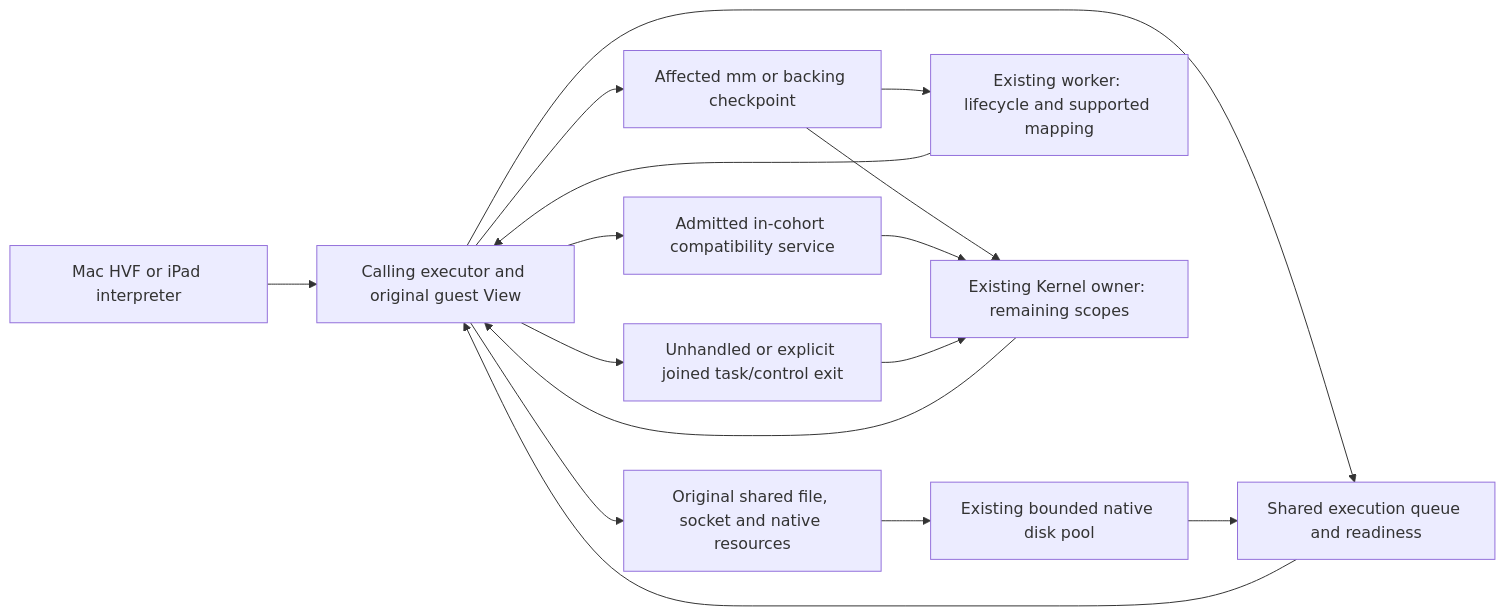
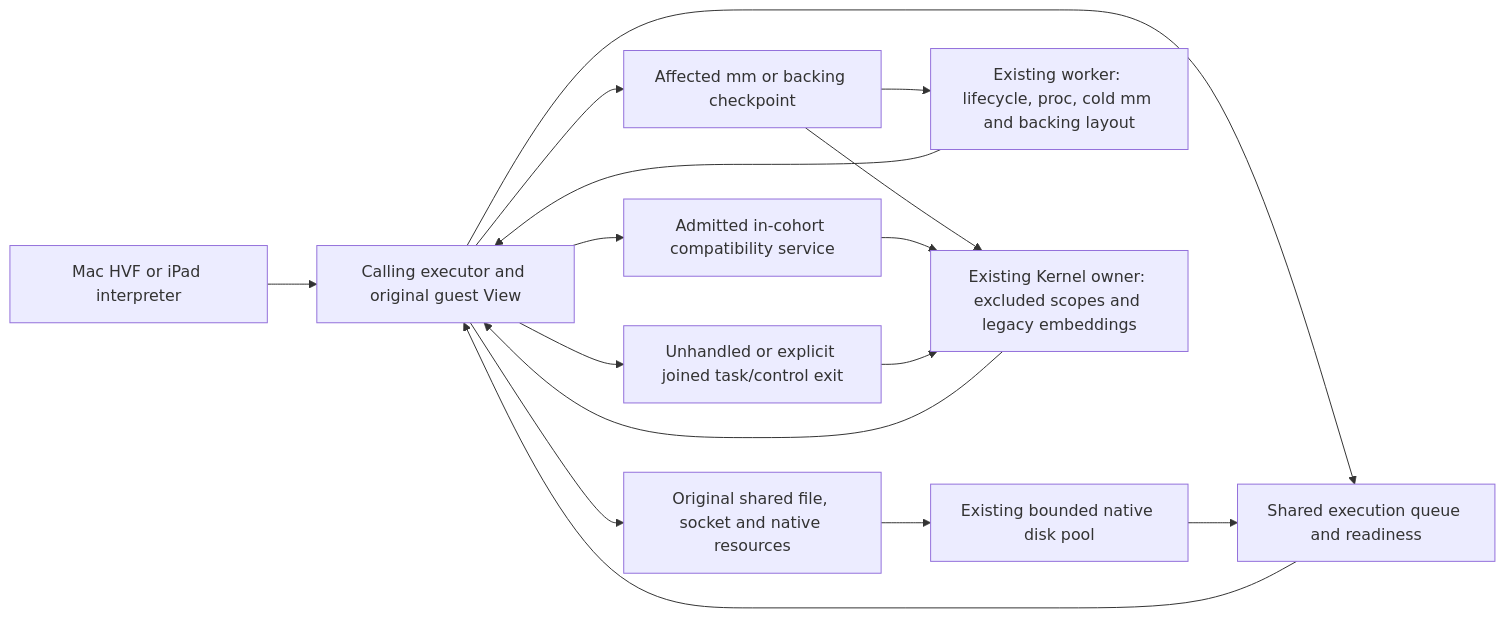
Before and after one commit to kb5000/trames-runtime: the diagram in docs/architecture/coordination-boundaries.md, drawn with Mermaid. The commit also changed other lines of this file and 41 other files, not shown here.

````diff
--- a/docs/architecture/coordination-boundaries.md
+++ b/docs/architecture/coordination-boundaries.md
@@ -62,18 +64,18 @@
 ```mermaid
 flowchart LR
     CPU[Mac HVF or iPad interpreter] --> Entry[Calling executor and original guest View]
     Entry --> Shared[Original shared file, socket and native resources]
     Entry --> Wait[Shared execution queue and readiness]
     Wait --> Entry
     Shared --> Disk[Existing bounded native disk pool]
     Disk --> Wait
     Entry --> Scope[Affected mm or backing checkpoint]
     Entry --> Service[Admitted in-cohort compatibility service]
     Entry --> Join[Unhandled or explicit joined task/control exit]
-    Scope --> Lifecycle[Existing worker: lifecycle and supported mapping]
+    Scope --> Lifecycle[Existing worker: lifecycle, proc, cold mm and backing layout]
     Lifecycle --> Entry
-    Scope --> Owner[Existing Kernel owner: remaining scopes]
+    Scope --> Owner[Existing Kernel owner: excluded scopes and legacy embeddings]
     Service --> Owner
     Join --> Owner
     Owner --> Entry
 ```
````
